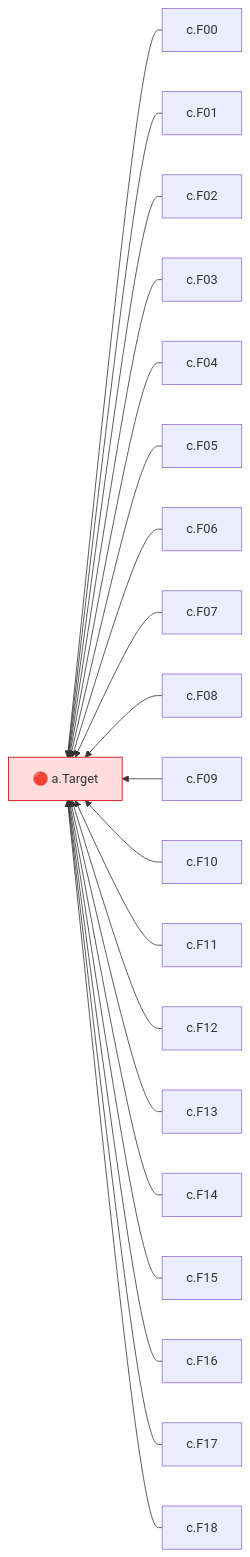
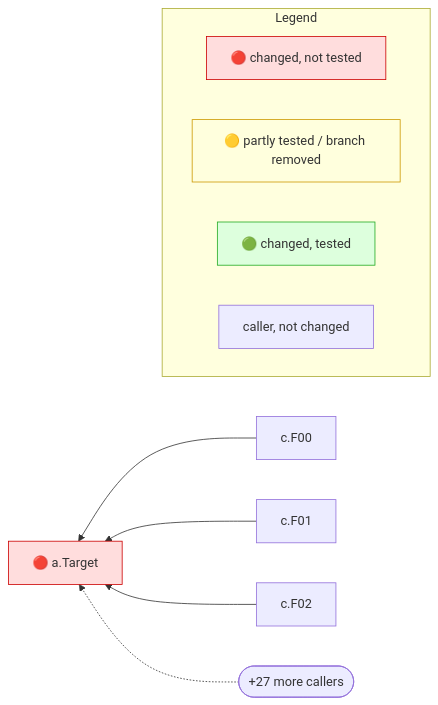
One commit to Kevinbarrero/mr-impact changed the diagram in internal/report/testdata/diagram_cap.golden.md. Above: the diagram before and after it, drawn with Mermaid. The commit also changed other lines of this file and 65 other files, not shown here.

````diff
--- a/internal/report/testdata/diagram_cap.golden.md
+++ b/internal/report/testdata/diagram_cap.golden.md
@@ -9,44 +11,22 @@
 ```mermaid
-graph RL
+flowchart RL
   n0["🔴 a.Target"]:::red
   n1["c.F00"]
   n2["c.F01"]
   n3["c.F02"]
-  n4["c.F03"]
-  n5["c.F04"]
-  n6["c.F05"]
-  n7["c.F06"]
-  n8["c.F07"]
-  n9["c.F08"]
-  n10["c.F09"]
-  n11["c.F10"]
-  n12["c.F11"]
-  n13["c.F12"]
-  n14["c.F13"]
-  n15["c.F14"]
-  n16["c.F15"]
-  n17["c.F16"]
-  n18["c.F17"]
-  n19["c.F18"]
+  n4(["+27 more callers"])
   n1 --> n0
   n2 --> n0
   n3 --> n0
-  n4 --> n0
-  n5 --> n0
-  n6 --> n0
-  n7 --> n0
-  n8 --> n0
-  n9 --> n0
-  n10 --> n0
-  n11 --> n0
-  n12 --> n0
-  n13 --> n0
-  n14 --> n0
-  n15 --> n0
-  n16 --> n0
-  n17 --> n0
-  n18 --> n0
-  n19 --> n0
+  n4 -.-> n0
+  subgraph legend ["Legend"]
+    direction LR
+    lr["🔴 changed, not tested"]:::red
+    ly["🟡 partly tested / branch removed"]:::yellow
+    lg["🟢 changed, tested"]:::green
+    lc["caller, not changed"]
+  end
   classDef red fill:#fdd,stroke:#c00
-  %% +11 not shown
+  classDef yellow fill:#ffd,stroke:#c90
+  classDef green fill:#dfd,stroke:#2a2
 ```
````
